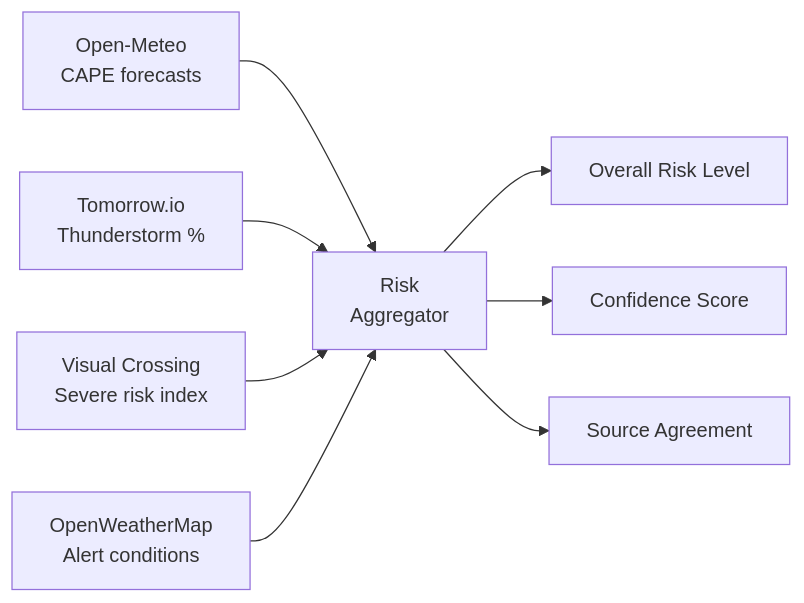
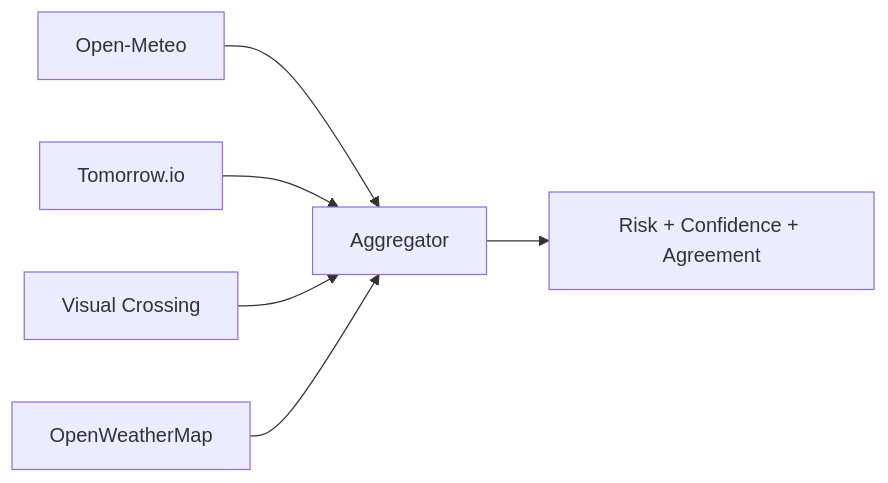
One commit to ChrisPedder/storm-tracking changed the second of 2 diagrams in presentation/slides.md. Above: the diagram before and after it, drawn with Mermaid. The commit also changed other lines of this file and 1 other file, not shown here.

First line of the commit message:
Fix presentation: mermaid rendering, text overflow, add LightGBM/SHAP detail

````diff
--- a/presentation/slides.md
+++ b/presentation/slides.md
@@ -183,10 +158,8 @@
 ```mermaid
 graph LR
-    OM[Open-Meteo<br/>CAPE forecasts] --> AGG[Risk<br/>Aggregator]
-    TIO[Tomorrow.io<br/>Thunderstorm %] --> AGG
-    VC[Visual Crossing<br/>Severe risk index] --> AGG
-    OWM[OpenWeatherMap<br/>Alert conditions] --> AGG
-    AGG --> RISK[Overall Risk Level]
-    AGG --> CONF[Confidence Score]
-    AGG --> SRC[Source Agreement]
+    OM[Open-Meteo] --> AGG[Aggregator]
+    TIO[Tomorrow.io] --> AGG
+    VC[Visual Crossing] --> AGG
+    OWM[OpenWeatherMap] --> AGG
+    AGG --> OUT[Risk + Confidence + Agreement]
 ```
````
